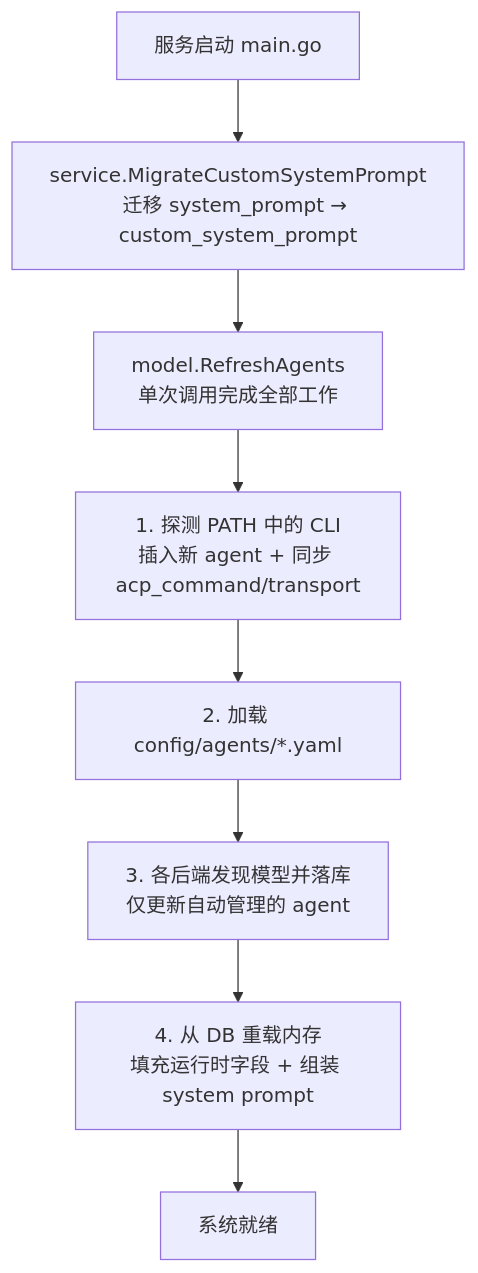
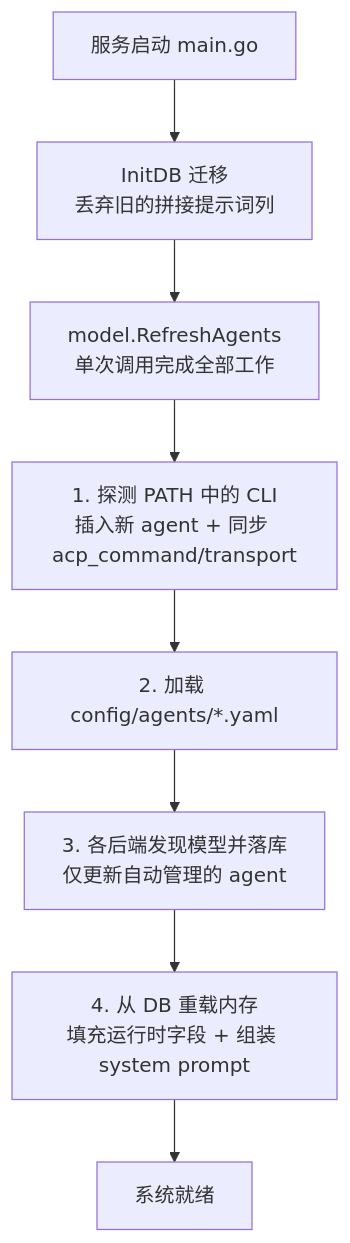
The first of 2 diagrams in docs/spec/infra/config-and-discovery.md (clawbench-dev/clawbench), drawn with Mermaid before and after one commit. The commit also changed other lines of this file and 6 other files, not shown here.

````diff
--- a/docs/spec/infra/config-and-discovery.md
+++ b/docs/spec/infra/config-and-discovery.md
@@ -9,10 +9,10 @@
 ```mermaid
 flowchart TD
-    A[服务启动 main.go] --> B[service.MigrateCustomSystemPrompt<br/>迁移 system_prompt → custom_system_prompt]
+    A[服务启动 main.go] --> B[InitDB 迁移<br/>丢弃旧的拼接提示词列]
     B --> C[model.RefreshAgents<br/>单次调用完成全部工作]
     C --> C1[1. 探测 PATH 中的 CLI<br/>插入新 agent + 同步 acp_command/transport]
     C1 --> C2[2. 加载 config/agents/*.yaml]
     C2 --> C3[3. 各后端发现模型并落库<br/>仅更新自动管理的 agent]
     C3 --> C4[4. 从 DB 重载内存<br/>填充运行时字段 + 组装 system prompt]
     C4 --> D[系统就绪]
 ```
````
